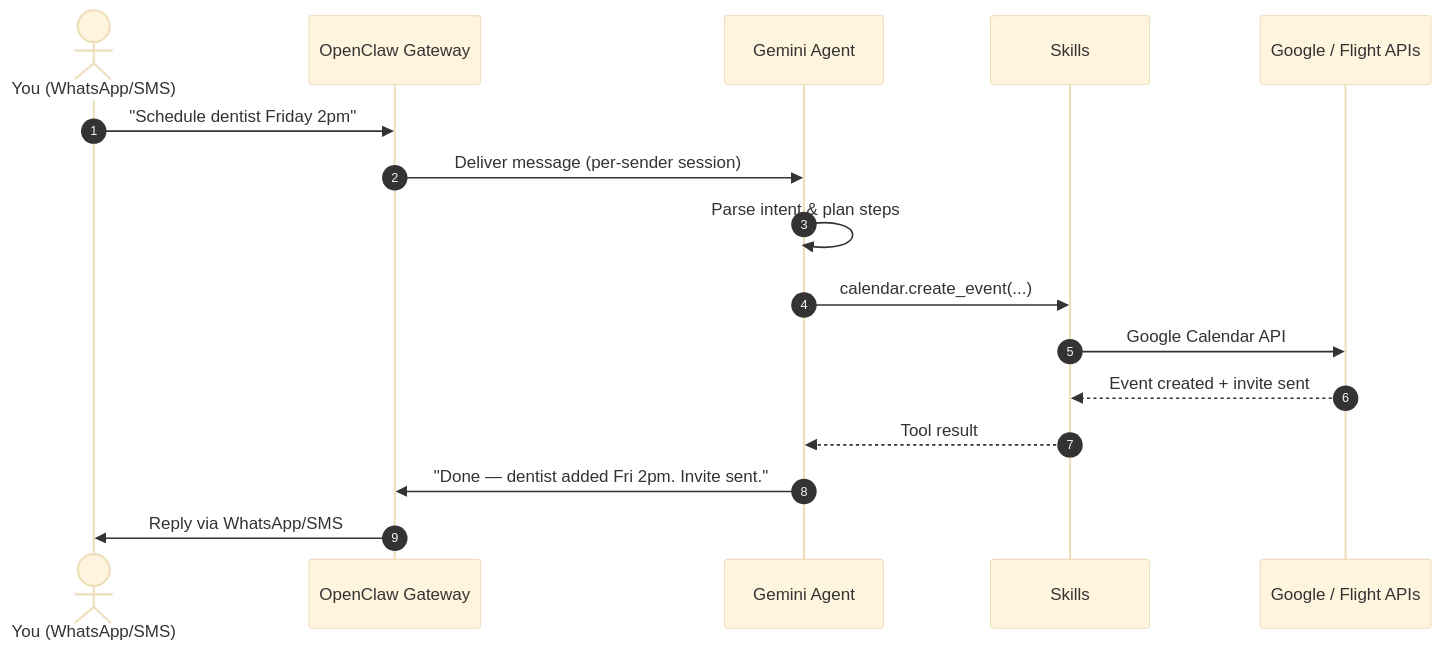
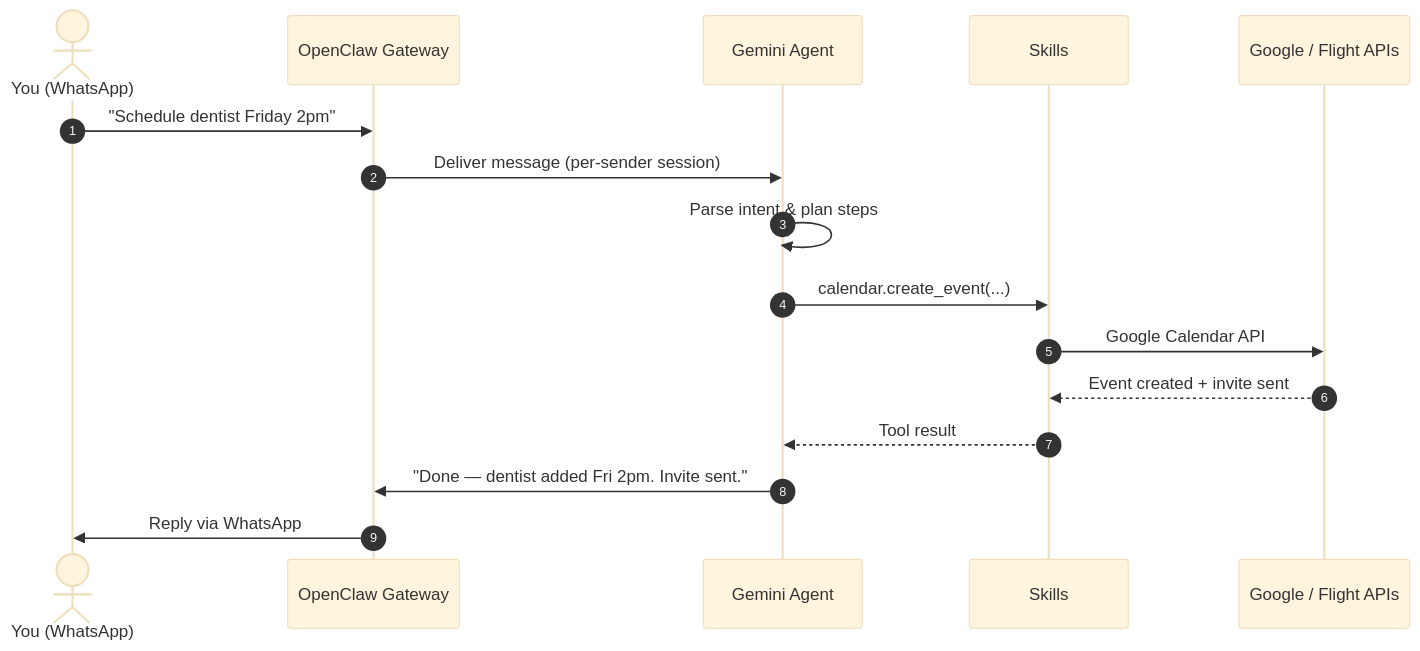
One commit to shotah/ai-gantry-scripts changed the second of 8 diagrams in README.md. Above: the diagram before and after it, drawn with Mermaid (base theme). The commit also changed other lines of this file and 4 other files, not shown here.

````diff
--- a/README.md
+++ b/README.md
@@ -72,19 +72,19 @@
 ```mermaid
 sequenceDiagram
     autonumber
-    actor User as You (WhatsApp/SMS)
+    actor User as You (WhatsApp)
     participant GW as OpenClaw Gateway
     participant AG as Gemini Agent
     participant SK as Skills
     participant API as Google / Flight APIs
 
     User->>GW: "Schedule dentist Friday 2pm"
     GW->>AG: Deliver message (per-sender session)
     AG->>AG: Parse intent & plan steps
     AG->>SK: calendar.create_event(...)
     SK->>API: Google Calendar API
     API-->>SK: Event created + invite sent
     SK-->>AG: Tool result
     AG->>GW: "Done — dentist added Fri 2pm. Invite sent."
-    GW->>User: Reply via WhatsApp/SMS
+    GW->>User: Reply via WhatsApp
 ```
````
